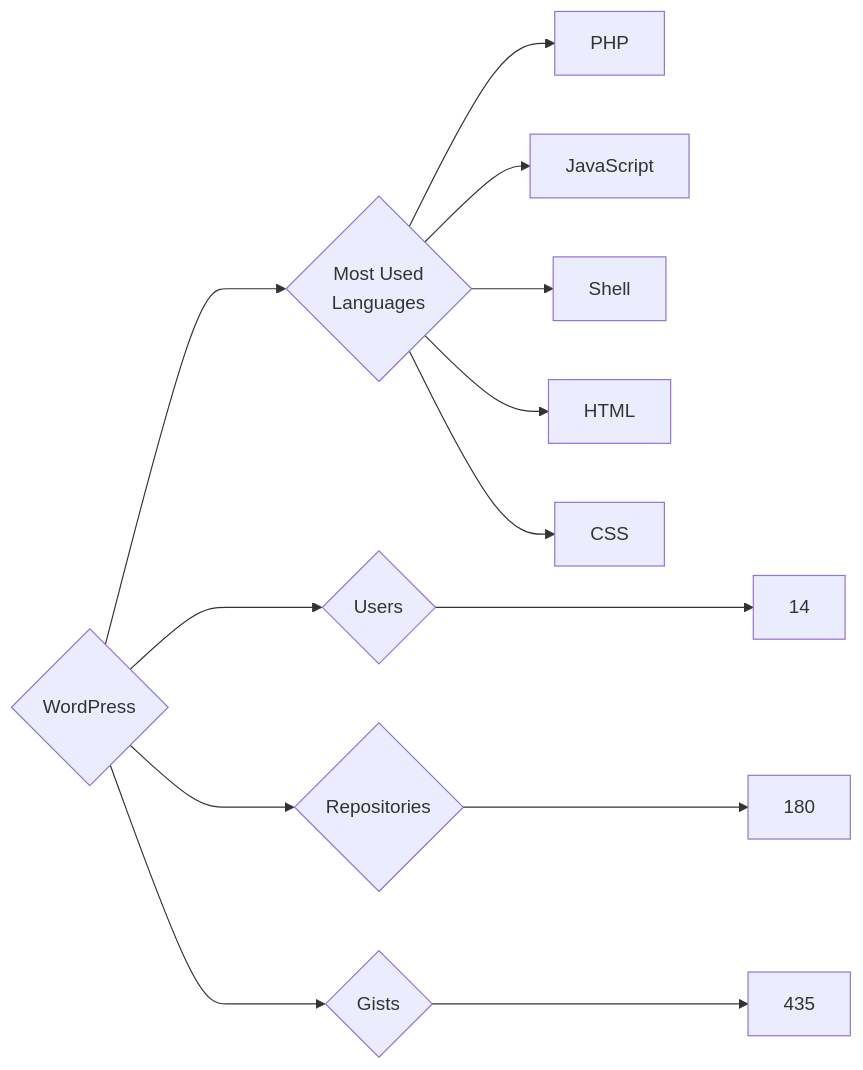
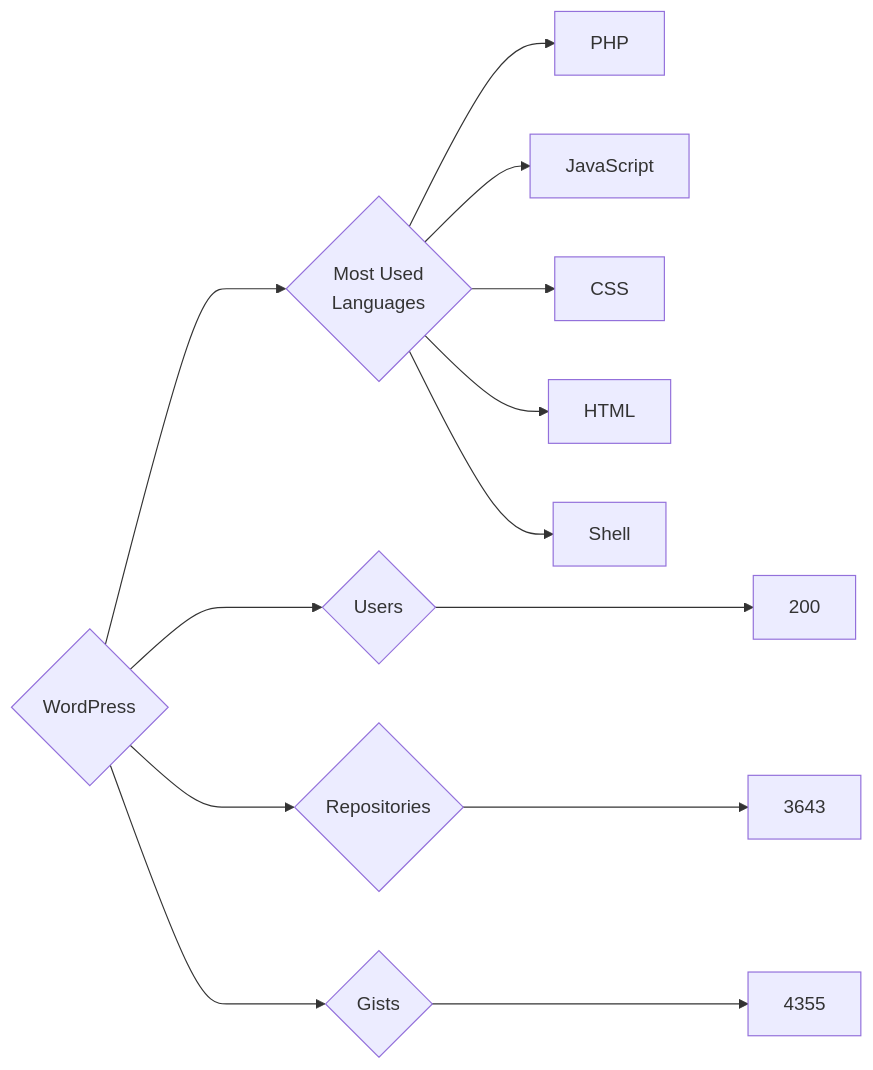
Before and after one commit to trickest/insiders: the diagram in targets/WordPress/README.md, drawn with Mermaid. The commit also changed 940 other files, not shown here.

````diff
--- a/targets/WordPress/README.md
+++ b/targets/WordPress/README.md
@@ -3,13 +3,13 @@
 ```mermaid
 graph LR
 COMPANY_NAME{WordPress}
-COMPANY_NAME ---> U{Users} ---> UN[14]
-COMPANY_NAME ---> R{Repositories} ---> RN[180]
-COMPANY_NAME ---> G{Gists} ---> GN[435]
+COMPANY_NAME ---> U{Users} ---> UN[200]
+COMPANY_NAME ---> R{Repositories} ---> RN[3643]
+COMPANY_NAME ---> G{Gists} ---> GN[4355]
 COMPANY_NAME ---> ML{Most Used<br>Languages}
 ML --> PHP[PHP]
 ML --> JavaScript[JavaScript]
+ML --> CSS[CSS]
+ML --> HTML[HTML]
 ML --> Shell[Shell]
-ML --> HTML[HTML]
-ML --> CSS[CSS]
 ```
````
